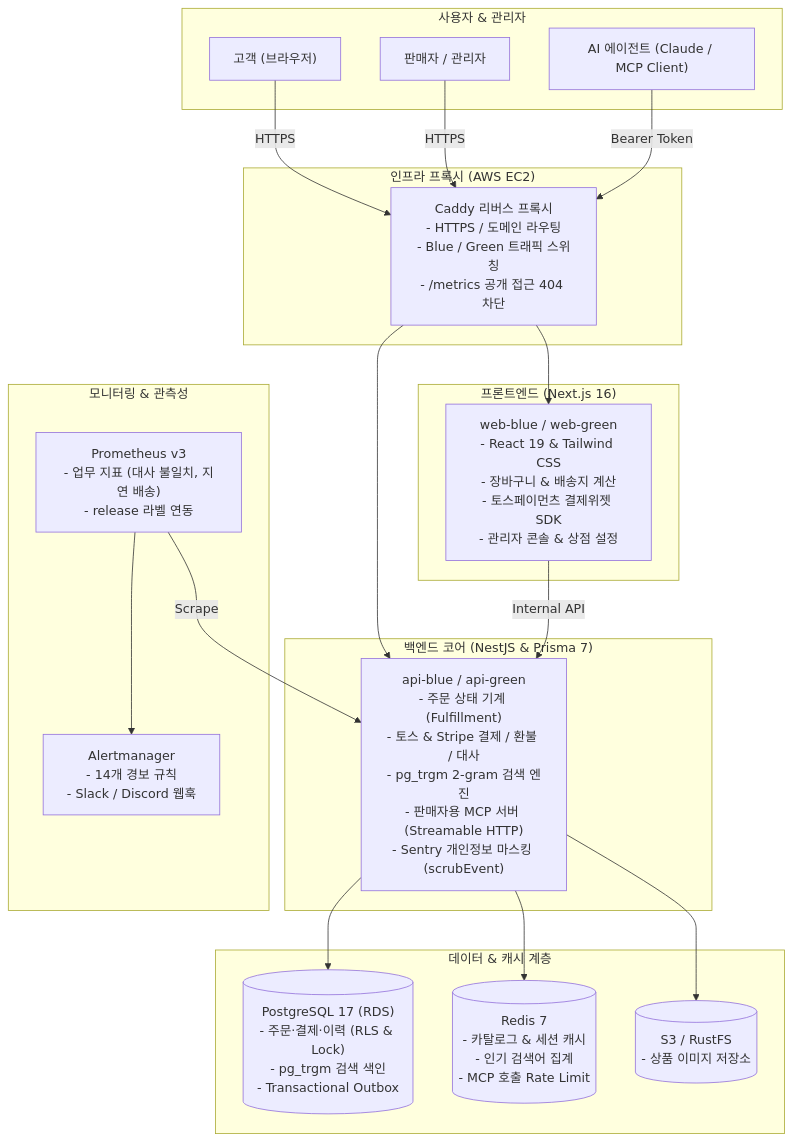
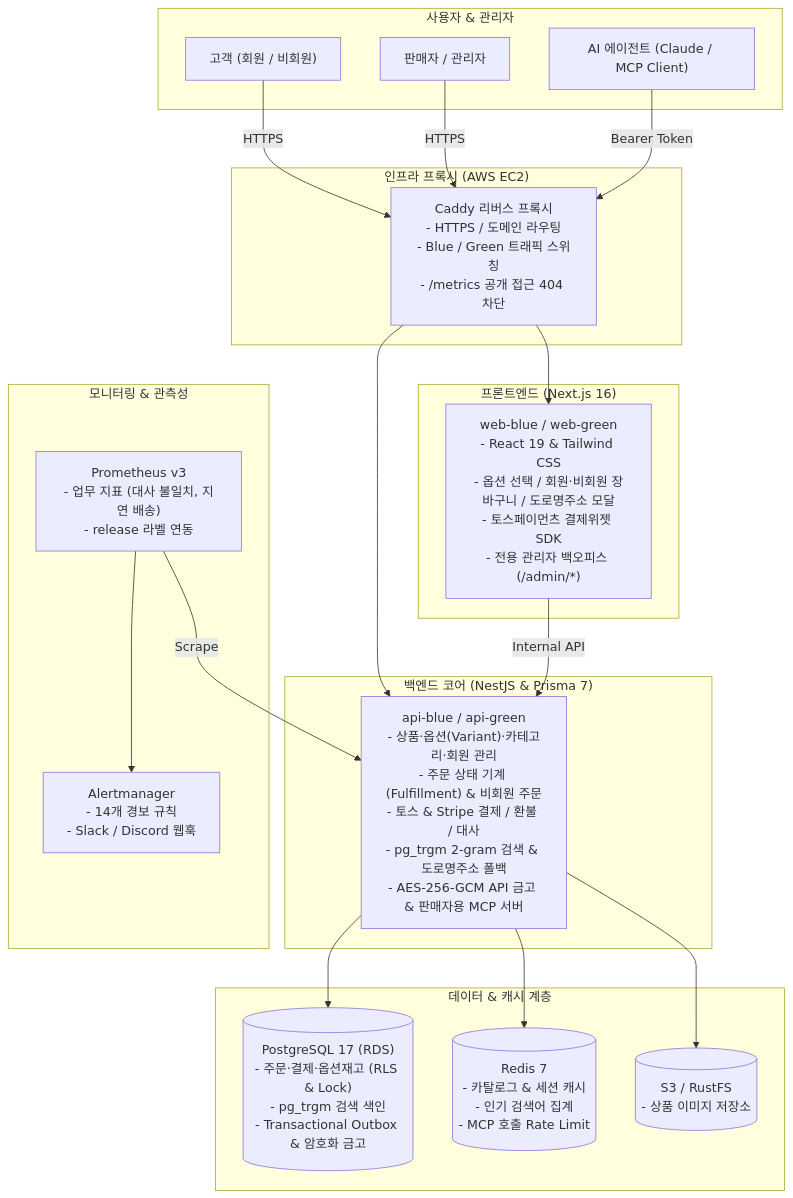
One commit to seungwoo7050/node-order changed the first of 2 diagrams in README.md. Above: the diagram before and after it, drawn with Mermaid. The commit also changed other lines of this file, not shown here.

Commit message:
docs(readme): 34-catalog-admin 구현 기능 및 아키텍처 반영

````diff
--- a/README.md
+++ b/README.md
@@ -26,45 +26,45 @@
 ```mermaid
 flowchart TD
     subgraph Client["사용자 & 관리자"]
-        User["고객 (브라우저)"]
+        User["고객 (회원 / 비회원)"]
         Admin["판매자 / 관리자"]
         Agent["AI 에이전트 (Claude / MCP Client)"]
     end
 
     subgraph Edge["인프라 프록시 (AWS EC2)"]
         Caddy["Caddy 리버스 프록시\n- HTTPS / 도메인 라우팅\n- Blue / Green 트래픽 스위칭\n- /metrics 공개 접근 404 차단"]
     end
 
     subgraph Frontend["프론트엔드 (Next.js 16)"]
-        WebSlot["web-blue / web-green\n- React 19 & Tailwind CSS\n- 장바구니 & 배송지 계산\n- 토스페이먼츠 결제위젯 SDK\n- 관리자 콘솔 & 상점 설정"]
+        WebSlot["web-blue / web-green\n- React 19 & Tailwind CSS\n- 옵션 선택 / 회원·비회원 장바구니 / 도로명주소 모달\n- 토스페이먼츠 결제위젯 SDK\n- 전용 관리자 백오피스 (/admin/*)"]
     end
 
     subgraph Backend["백엔드 코어 (NestJS & Prisma 7)"]
-        ApiSlot["api-blue / api-green\n- 주문 상태 기계 (Fulfillment)\n- 토스 & Stripe 결제 / 환불 / 대사\n- pg_trgm 2-gram 검색 엔진\n- 판매자용 MCP 서버 (Streamable HTTP)\n- Sentry 개인정보 마스킹 (scrubEvent)"]
+        ApiSlot["api-blue / api-green\n- 상품·옵션(Variant)·카테고리·회원 관리\n- 주문 상태 기계 (Fulfillment) & 비회원 주문\n- 토스 & Stripe 결제 / 환불 / 대사\n- pg_trgm 2-gram 검색 & 도로명주소 폴백\n- AES-256-GCM API 금고 & 판매자용 MCP 서버"]
     end
 
     subgraph Data["데이터 & 캐시 계층"]
-        PG[("PostgreSQL 17 (RDS)\n- 주문·결제·이력 (RLS & Lock)\n- pg_trgm 검색 색인\n- Transactional Outbox")]
+        PG[("PostgreSQL 17 (RDS)\n- 주문·결제·옵션재고 (RLS & Lock)\n- pg_trgm 검색 색인\n- Transactional Outbox & 암호화 금고")]
         Redis[("Redis 7\n- 카탈로그 & 세션 캐시\n- 인기 검색어 집계\n- MCP 호출 Rate Limit")]
         Storage[("S3 / RustFS\n- 상품 이미지 저장소")]
     end
 
     subgraph Ops["모니터링 & 관측성"]
         Prom["Prometheus v3\n- 업무 지표 (대사 불일치, 지연 배송)\n- release 라벨 연동"]
         Alert["Alertmanager\n- 14개 경보 규칙\n- Slack / Discord 웹훅"]
     end
 
     User -->|HTTPS| Caddy
     Admin -->|HTTPS| Caddy
     Agent -->|Bearer Token| Caddy
     Caddy --> WebSlot
     Caddy --> ApiSlot
 
     WebSlot -->|Internal API| ApiSlot
     ApiSlot --> PG
     ApiSlot --> Redis
     ApiSlot --> Storage
 
     Prom -->|Scrape| ApiSlot
     Prom --> Alert
 ```
````
